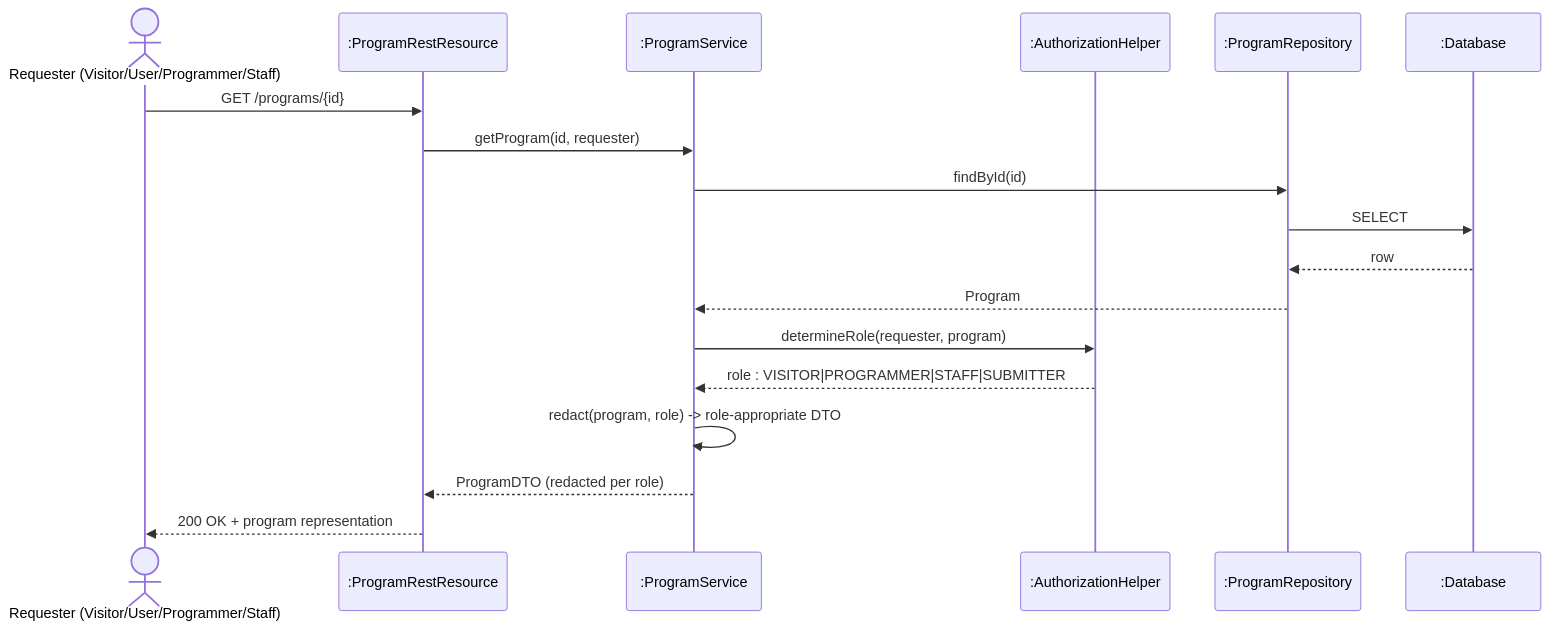
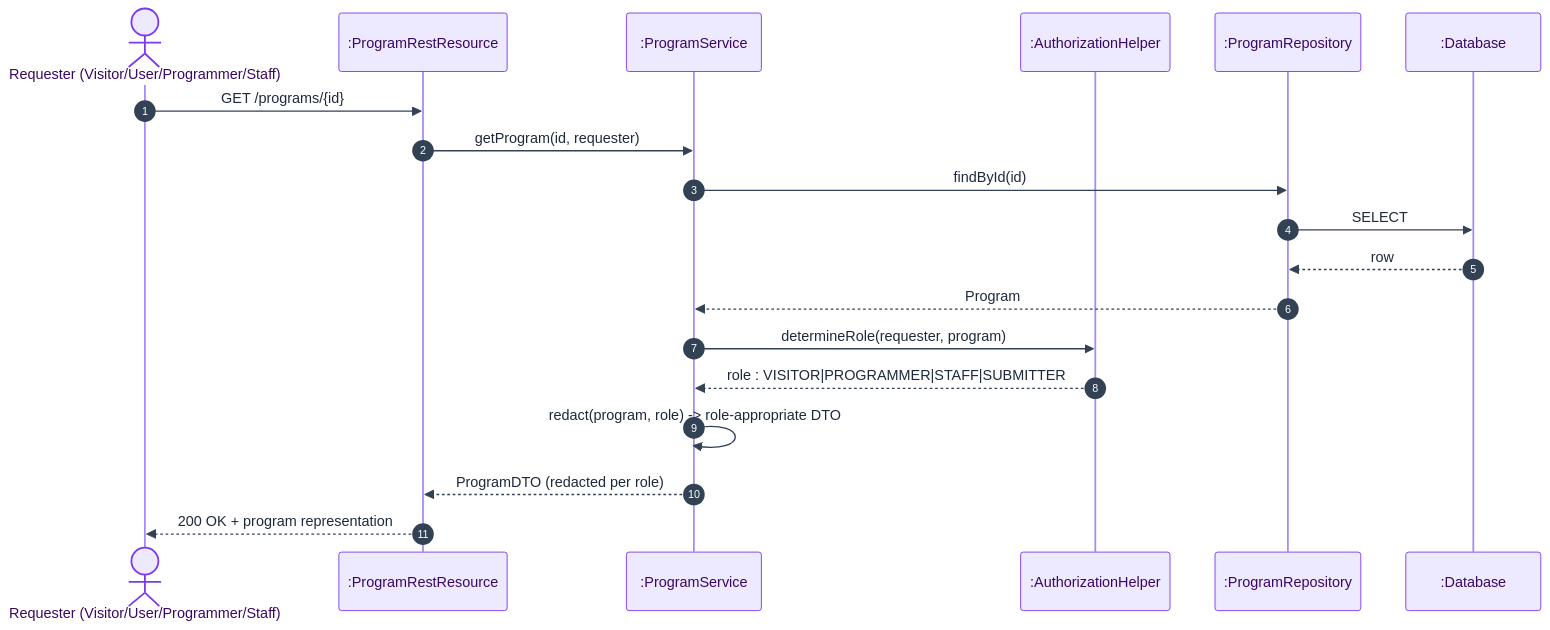
The diagram in diagrams/14-sequence-program-view.md (Volanakis/SoftwareEngineering101), drawn with Mermaid before and after one commit.

Commit message:
Add autonumber feature to sequence diagram for improved clarity

````diff
--- a/diagrams/14-sequence-program-view.md
+++ b/diagrams/14-sequence-program-view.md
@@ -5,21 +5,23 @@
 ```mermaid
+%%{init: {'theme':'base', 'themeVariables': {'fontFamily':'Segoe UI, sans-serif', 'actorBkg':'#ede9fe', 'actorBorder':'#7c3aed', 'actorTextColor':'#3b0764', 'actorLineColor':'#a78bfa', 'signalColor':'#334155', 'signalTextColor':'#1e293b', 'labelBoxBkgColor':'#dbeafe', 'labelBoxBorderColor':'#2563eb', 'labelTextColor':'#1e3a8a', 'loopTextColor':'#1e3a8a', 'noteBkgColor':'#fef9c3', 'noteBorderColor':'#ca8a04', 'noteTextColor':'#713f12', 'activationBorderColor':'#7c3aed', 'activationBkgColor':'#ede9fe', 'sequenceNumberColor':'#ffffff'}}}%%
 sequenceDiagram
+    autonumber
     actor Requester as Requester (Visitor/User/Programmer/Staff)
     participant Res as :ProgramRestResource
     participant Svc as :ProgramService
     participant Auth as :AuthorizationHelper
     participant Repo as :ProgramRepository
     participant DB as :Database
 
     Requester->>Res: GET /programs/{id}
     Res->>Svc: getProgram(id, requester)
     Svc->>Repo: findById(id)
     Repo->>DB: SELECT
     DB-->>Repo: row
     Repo-->>Svc: Program
     Svc->>Auth: determineRole(requester, program)
     Auth-->>Svc: role : VISITOR|PROGRAMMER|STAFF|SUBMITTER
     Svc->>Svc: redact(program, role) -> role-appropriate DTO
     Svc-->>Res: ProgramDTO (redacted per role)
     Res-->>Requester: 200 OK + program representation
 ```
````
